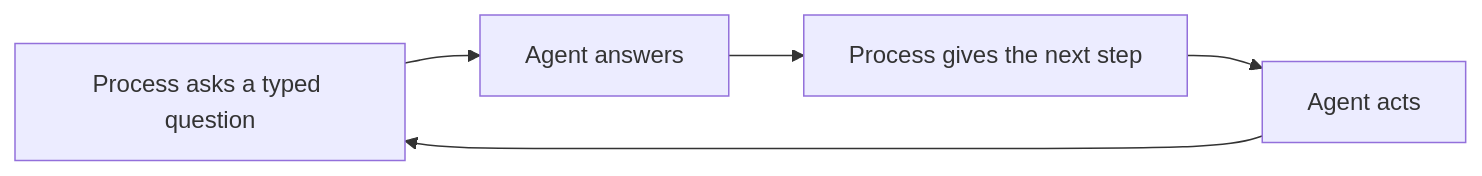
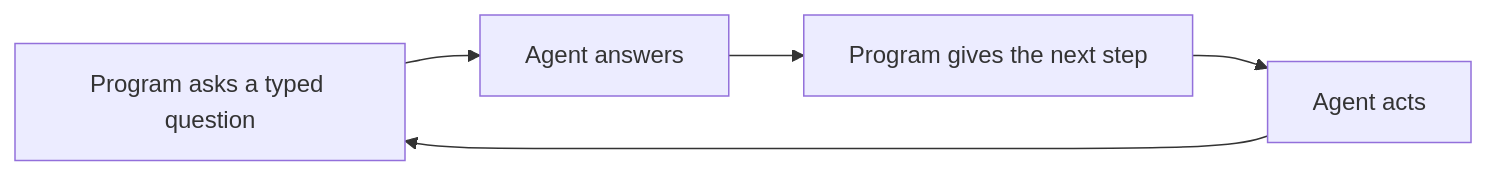
Before and after one commit to rein-lang/rein-lang.com: the third of 3 diagrams in docs/rein-vs-skills.md, drawn with Mermaid. The commit also changed other lines of this file and 5 other files, not shown here.

````diff
--- a/docs/rein-vs-skills.md
+++ b/docs/rein-vs-skills.md
@@ -30,7 +37,7 @@
 ```mermaid
 flowchart LR
-    A["Process asks a typed question"] --> B["Agent answers"]
-    B --> C["Process gives the next step"]
+    A["Program asks a typed question"] --> B["Agent answers"]
+    B --> C["Program gives the next step"]
     C --> D["Agent acts"]
     D --> A
 ```
````
